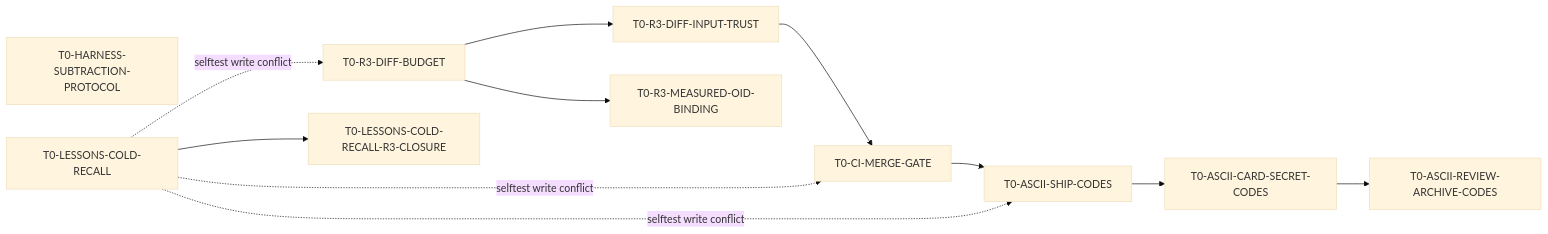
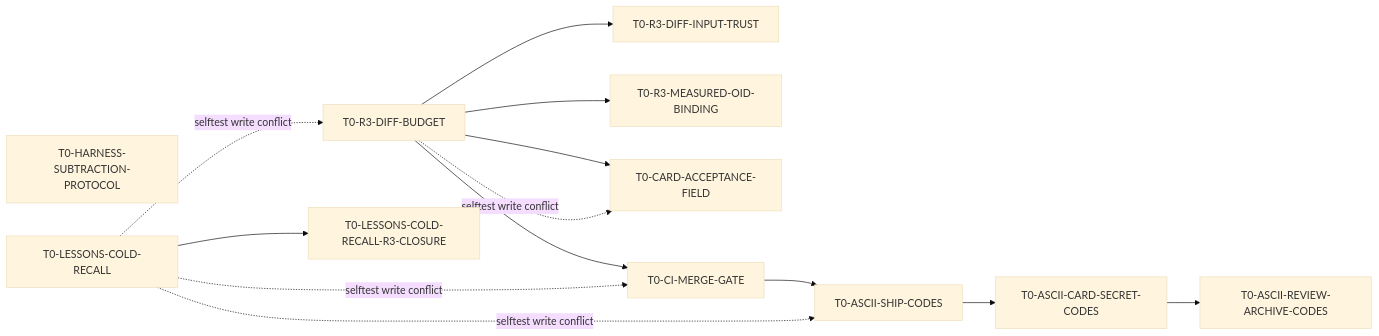
Before and after one commit to Asun28/MyInspection: the diagram in docs/TASK-BOARD.md, drawn with Mermaid (base theme). The commit also changed other lines of this file and 2 other files, not shown here.

First line of the commit message:
cards: 登记 acceptance 字段卡 + 按 L97 补全 CAP-UNIT 的权威面

````diff
--- a/docs/TASK-BOARD.md
+++ b/docs/TASK-BOARD.md
@@ -124,15 +125,17 @@
 ```mermaid
 flowchart LR
   A[T0-R3-DIFF-BUDGET] --> A2[T0-R3-DIFF-INPUT-TRUST]
   A --> A3[T0-R3-MEASURED-OID-BINDING]
-  A2 --> B[T0-CI-MERGE-GATE]
+  A --> A4[T0-CARD-ACCEPTANCE-FIELD]
+  A --> B[T0-CI-MERGE-GATE]
   B --> E[T0-ASCII-SHIP-CODES]
   E --> F[T0-ASCII-CARD-SECRET-CODES]
   F --> G[T0-ASCII-REVIEW-ARCHIVE-CODES]
   C[T0-HARNESS-SUBTRACTION-PROTOCOL]
   D[T0-LESSONS-COLD-RECALL]
   D --> H[T0-LESSONS-COLD-RECALL-R3-CLOSURE]
+  A -.->|selftest write conflict| A4
   D -.->|selftest write conflict| A
   D -.->|selftest write conflict| B
   D -.->|selftest write conflict| E
 ```
````
